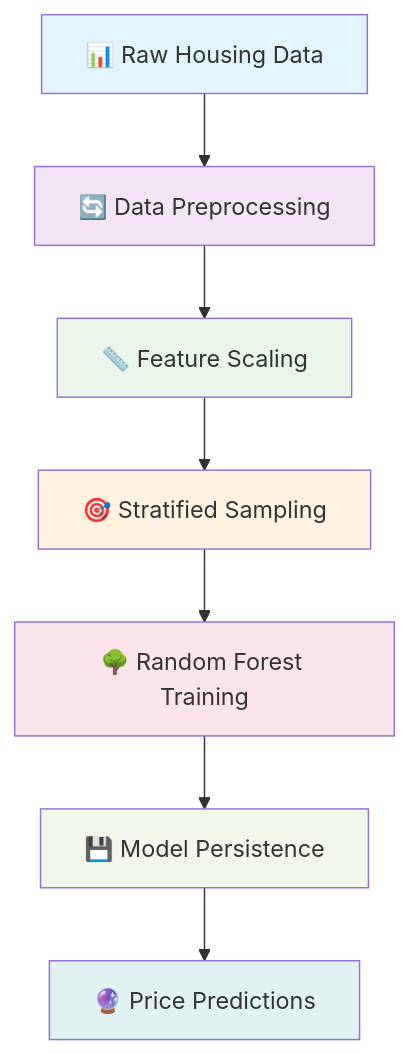
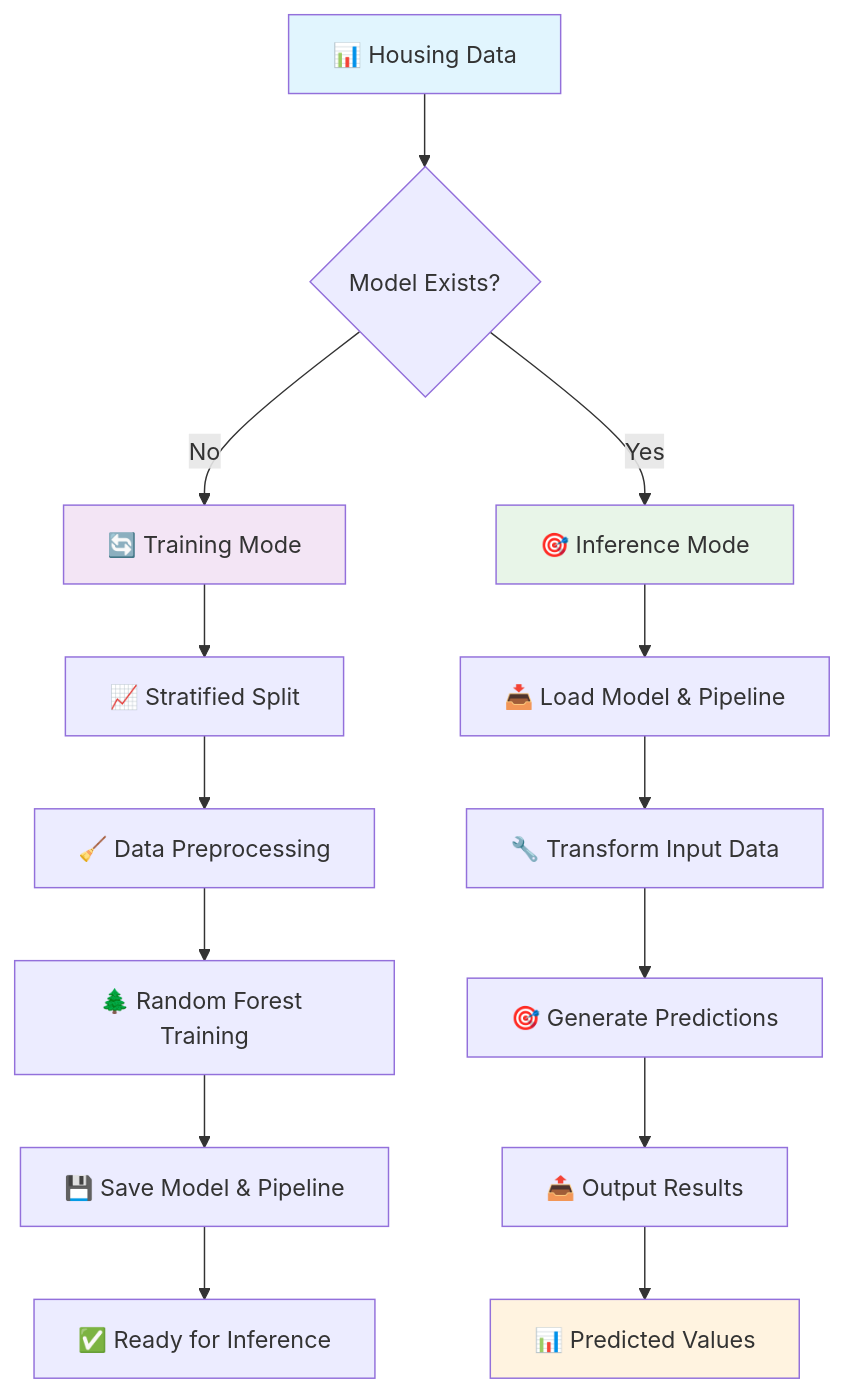
One commit to aniruddha92003/Smart-Housing-Valuation-Predictor changed the diagram in README.md. Above: the diagram before and after it, drawn with Mermaid. The commit also changed other lines of this file, not shown here.

````diff
--- a/README.md
+++ b/README.md
@@ -26,17 +41,24 @@
 ```mermaid
-graph TB
-    A[📊 Raw Housing Data] --> B[🔄 Data Preprocessing]
-    B --> C[📏 Feature Scaling]
-    C --> D[🎯 Stratified Sampling]
-    D --> E[🌳 Random Forest Training]
-    E --> F[💾 Model Persistence]
-    F --> G[🔮 Price Predictions]
+graph TD
+    A[📊 Housing Data] --> B{Model Exists?}
+    B -->|No| C[🔄 Training Mode]
+    B -->|Yes| D[🎯 Inference Mode]
+    
+    C --> E[📈 Stratified Split]
+    E --> F[🧹 Data Preprocessing]
+    F --> G[🌲 Random Forest Training]
+    G --> H[💾 Save Model & Pipeline]
+    
+    D --> I[📥 Load Model & Pipeline]
+    I --> J[🔧 Transform Input Data]
+    J --> K[🎯 Generate Predictions]
+    K --> L[📤 Output Results]
+    
+    H --> M[✅ Ready for Inference]
+    L --> N[📊 Predicted Values]
     
     style A fill:#e1f5fe
-    style B fill:#f3e5f5
-    style C fill:#e8f5e8
-    style D fill:#fff3e0
-    style E fill:#fce4ec
-    style F fill:#f1f8e9
-    style G fill:#e0f2f1
+    style C fill:#f3e5f5
+    style D fill:#e8f5e8
+    style N fill:#fff3e0
 ```
````
